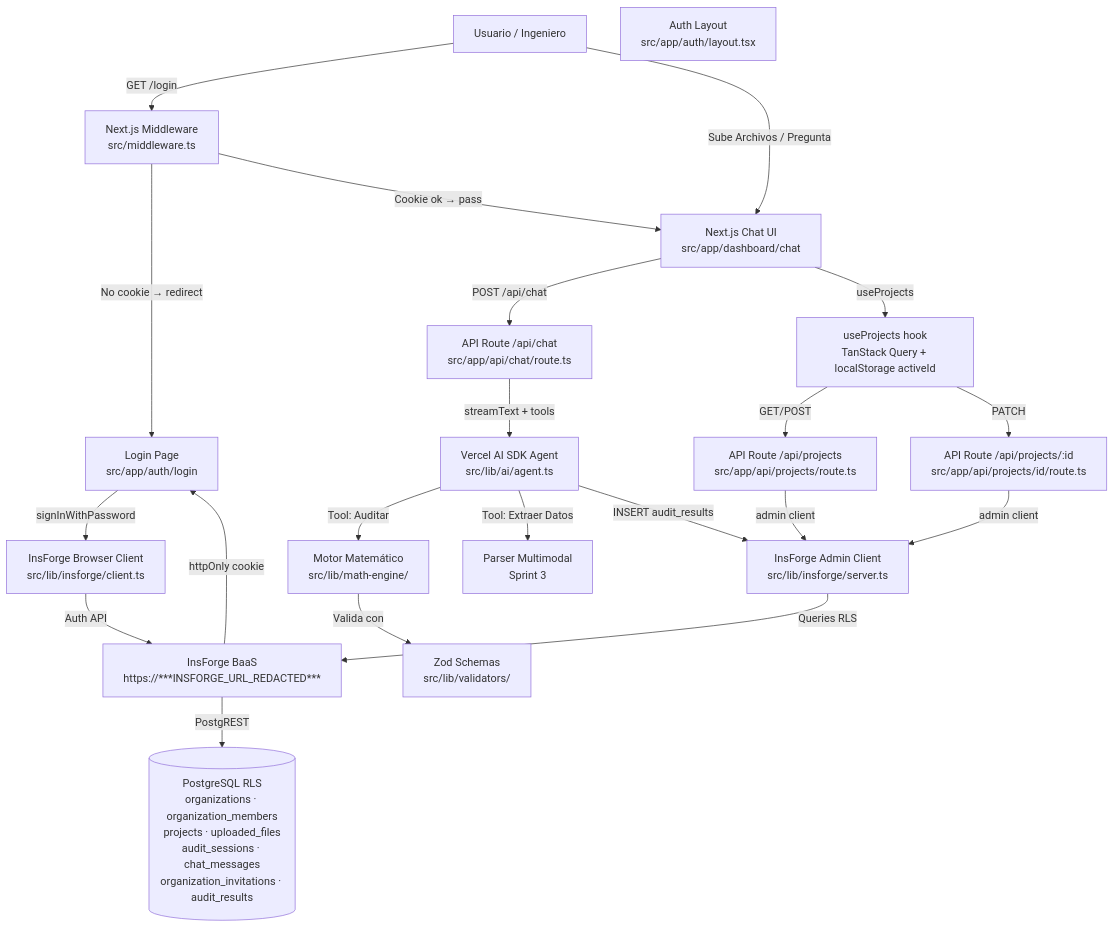
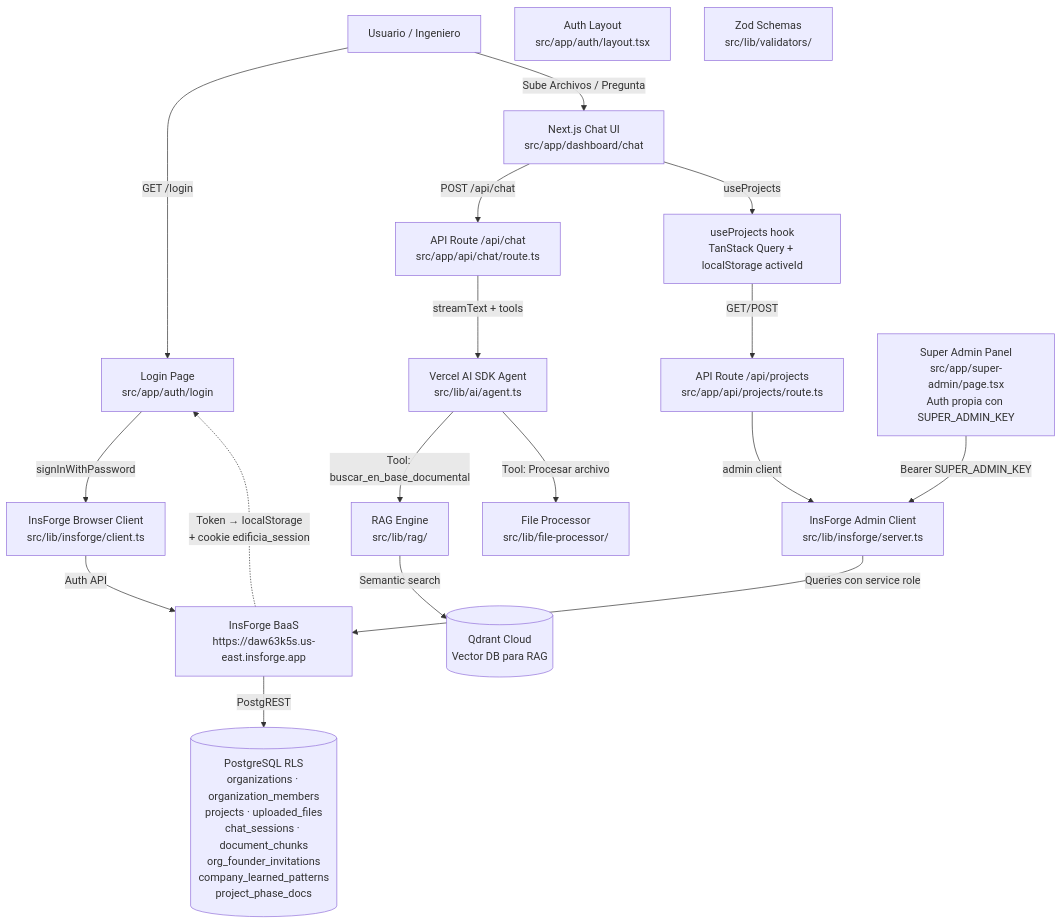
Before and after one commit to nachapoticon-dot/EdificiA-Core: the diagram in docs/04_architecture_map.md, drawn with Mermaid. The commit also changed other lines of this file and 52 other files, not shown here.

````diff
--- a/docs/04_architecture_map.md
+++ b/docs/04_architecture_map.md
@@ -6,65 +20,67 @@
 ```mermaid
 graph TD
     %% Entidades externas
     User[Usuario / Ingeniero]
 
     %% Auth Flow
     LoginPage[Login Page\nsrc/app/auth/login]
-    Middleware[Next.js Middleware\nsrc/middleware.ts]
     AuthLayout[Auth Layout\nsrc/app/auth/layout.tsx]
 
     %% Dashboard
     ChatUI[Next.js Chat UI\nsrc/app/dashboard/chat]
     ChatAPI[API Route /api/chat\nsrc/app/api/chat/route.ts]
 
     %% AI
     AI_Agent[Vercel AI SDK Agent\nsrc/lib/ai/agent.ts]
 
     %% InsForge
     BrowserClient[InsForge Browser Client\nsrc/lib/insforge/client.ts]
     AdminClient[InsForge Admin Client\nsrc/lib/insforge/server.ts]
-    InsForgeBackend[InsForge BaaS\nhttps://***INSFORGE_URL_REDACTED***]
+    InsForgeBackend[InsForge BaaS\nhttps://daw63k5s.us-east.insforge.app]
 
     %% DB
-    DB[(PostgreSQL RLS\norganizations · organization_members\nprojects · uploaded_files\naudit_sessions · chat_messages\norganization_invitations · audit_results)]
+    DB[(PostgreSQL RLS\norganizations · organization_members\nprojects · uploaded_files\nchat_sessions · document_chunks\norg_founder_invitations\ncompany_learned_patterns\nproject_phase_docs)]
 
-    %% Tools Sprint 2+
-    Parser[Parser Multimodal\nSprint 3]
-    MathEngine[Motor Matemático\nsrc/lib/math-engine/]
+    %% Qdrant
+    Qdrant[(Qdrant Cloud\nVector DB para RAG)]
+
+    %% Tools
+    Parser[File Processor\nsrc/lib/file-processor/]
+    RAG[RAG Engine\nsrc/lib/rag/]
 
     %% Validators
     Validators[Zod Schemas\nsrc/lib/validators/]
 
     %% Projects API
     ProjectsAPI[API Route /api/projects\nsrc/app/api/projects/route.ts]
-    ProjectPatchAPI[API Route /api/projects/:id\nsrc/app/api/projects/id/route.ts]
     useProjects[useProjects hook\nTanStack Query + localStorage activeId]
 
-    %% Conexiones Auth
-    User -- "GET /login" --> Middleware
-    Middleware -- "No cookie → redirect" --> LoginPage
-    Middleware -- "Cookie ok → pass" --> ChatUI
+    %% Super Admin
+    SuperAdmin[Super Admin Panel\nsrc/app/super-admin/page.tsx\nAuth propia con SUPER_ADMIN_KEY]
+
+    %% Conexiones Auth (middleware real + cookie de sesión)
+    User -- "GET /login" --> LoginPage
     LoginPage -- "signInWithPassword" --> BrowserClient
     BrowserClient -- "Auth API" --> InsForgeBackend
-    InsForgeBackend -- "httpOnly cookie" --> LoginPage
+    InsForgeBackend -. "Token → localStorage\n+ cookie edificia_session" .-> LoginPage
 
     %% Conexiones Chat
     User -- "Sube Archivos / Pregunta" --> ChatUI
     ChatUI -- "POST /api/chat" --> ChatAPI
     ChatAPI -- "streamText + tools" --> AI_Agent
-    AI_Agent -- "Tool: Auditar" --> MathEngine
-    AI_Agent -- "Tool: Extraer Datos" --> Parser
-    AI_Agent -- "INSERT audit_results" --> AdminClient
-    MathEngine -- "Valida con" --> Validators
+    AI_Agent -- "Tool: buscar_en_base_documental" --> RAG
+    RAG -- "Semantic search" --> Qdrant
+    AI_Agent -- "Tool: Procesar archivo" --> Parser
 
     %% Projects
     ChatUI -- "useProjects" --> useProjects
     useProjects -- "GET/POST" --> ProjectsAPI
-    useProjects -- "PATCH" --> ProjectPatchAPI
     ProjectsAPI -- "admin client" --> AdminClient
-    ProjectPatchAPI -- "admin client" --> AdminClient
 
     %% DB
-    AdminClient -- "Queries RLS" --> InsForgeBackend
+    AdminClient -- "Queries con service role" --> InsForgeBackend
     InsForgeBackend -- "PostgREST" --> DB
+
+    %% Super Admin (independiente)
+    SuperAdmin -- "Bearer SUPER_ADMIN_KEY" --> AdminClient
 ```
````
